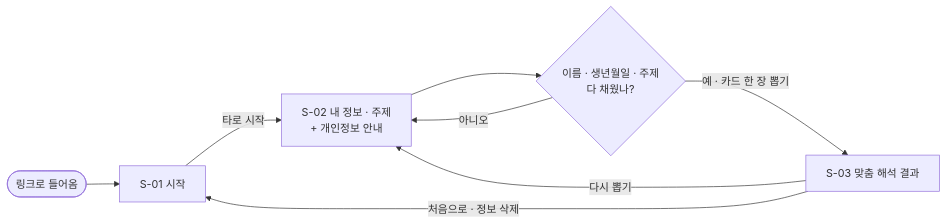
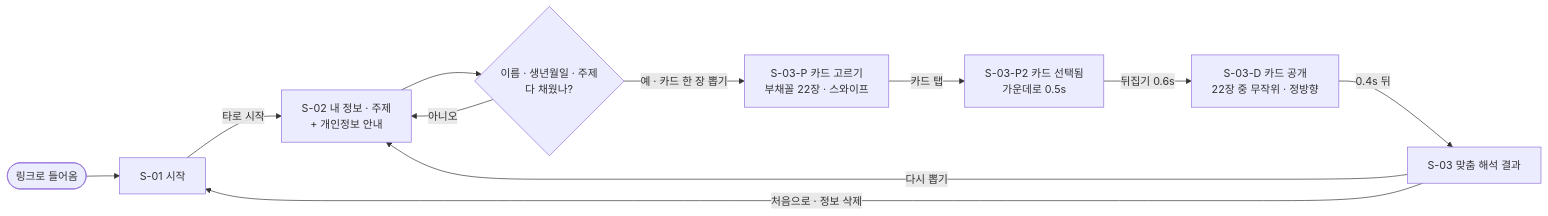
Before and after one commit to juneha03/taro: the first of 2 diagrams in TARO_03_유저플로우.md, drawn with Mermaid. The commit also changed other lines of this file and 3 other files, not shown here.

Commit message:
Add card pick flow (S-03-P/P2/D) and share-primary rule to planning docs

````diff
--- a/TARO_03_유저플로우.md
+++ b/TARO_03_유저플로우.md
@@ -5,10 +5,13 @@
 ```mermaid
 flowchart LR
     IN(["링크로 들어옴"]) --> S1["S-01 시작"]
     S1 -->|타로 시작| S2["S-02 내 정보 · 주제<br/>+ 개인정보 안내"]
     S2 --> V{"이름 · 생년월일 · 주제<br/>다 채웠나?"}
     V -->|아니오| S2
-    V -->|예 · 카드 한 장 뽑기| S3["S-03 맞춤 해석 결과"]
+    V -->|예 · 카드 한 장 뽑기| P["S-03-P 카드 고르기<br/>부채꼴 22장 · 스와이프"]
+    P -->|카드 탭| P2["S-03-P2 카드 선택됨<br/>가운데로 0.5s"]
+    P2 -->|뒤집기 0.6s| D["S-03-D 카드 공개<br/>22장 중 무작위 · 정방향"]
+    D -->|0.4s 뒤| S3["S-03 맞춤 해석 결과"]
     S3 -->|다시 뽑기| S2
     S3 -->|처음으로 · 정보 삭제| S1
 ```
````
